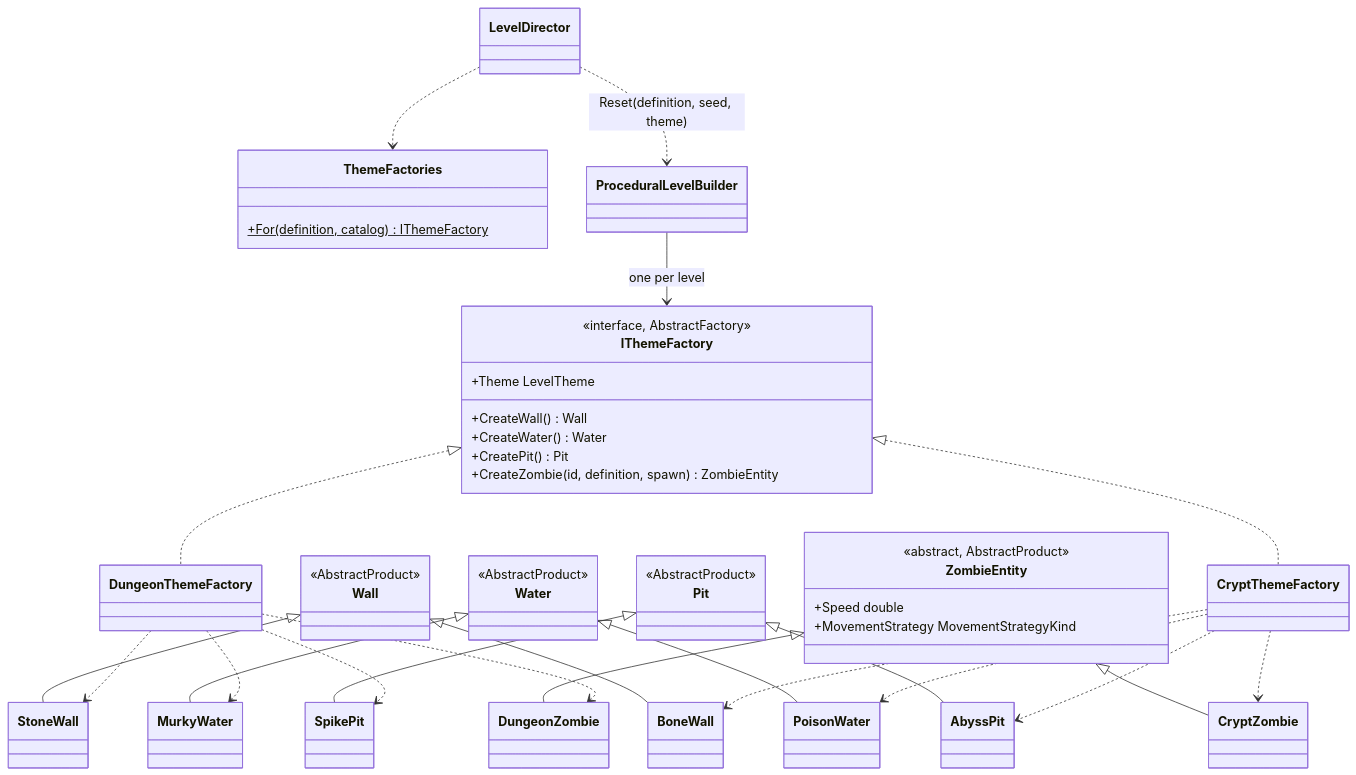
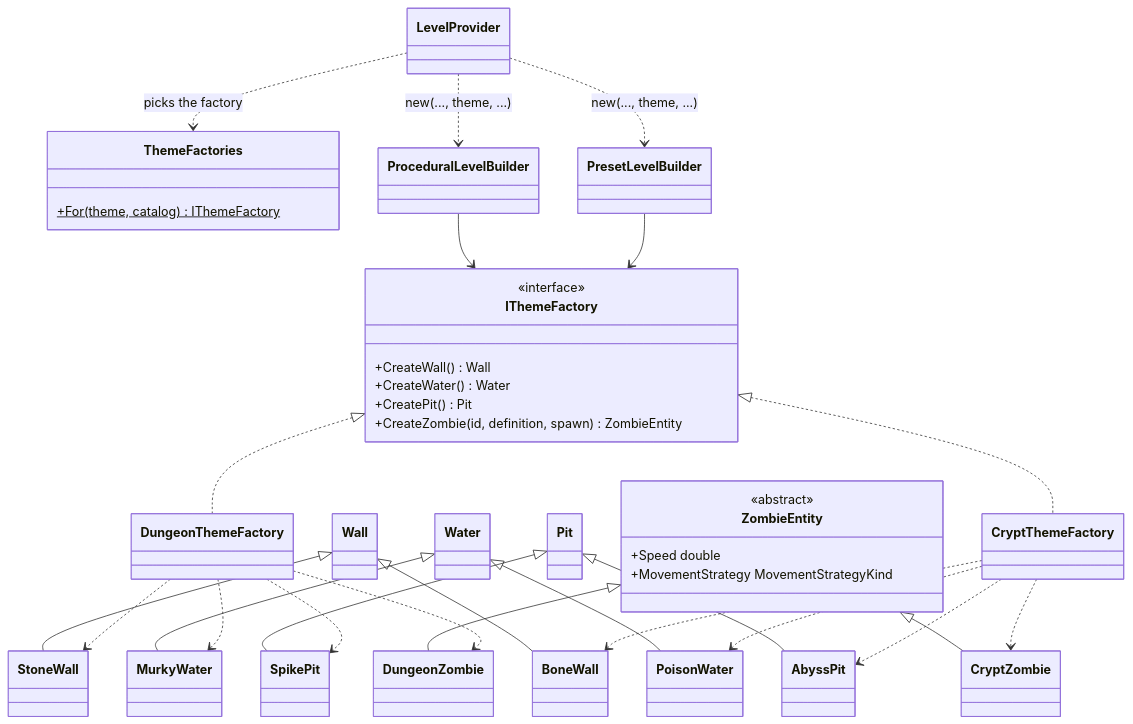
The second of 2 diagrams in docs/patterns/AbstractFactory.md (YoBoyJonas/OPP), drawn with Mermaid before and after one commit. The commit also changed other lines of this file and 32 other files, not shown here.

First line of the commit message:
refactor(generation): simplify Builder and Abstract Factory level generation

````diff
--- a/docs/patterns/AbstractFactory.md
+++ b/docs/patterns/AbstractFactory.md
@@ -71,50 +73,52 @@
 ```mermaid
 classDiagram
     class IThemeFactory {
-        <<interface, AbstractFactory>>
-        +Theme LevelTheme
+        <<interface>>
         +CreateWall() Wall
         +CreateWater() Water
         +CreatePit() Pit
         +CreateZombie(id, definition, spawn) ZombieEntity
     }
     class DungeonThemeFactory
     class CryptThemeFactory
     IThemeFactory <|.. DungeonThemeFactory
     IThemeFactory <|.. CryptThemeFactory
 
-    class Wall { <<AbstractProduct>> }
-    class Water { <<AbstractProduct>> }
-    class Pit { <<AbstractProduct>> }
+    class Wall
+    class Water
+    class Pit
     class ZombieEntity {
-        <<abstract, AbstractProduct>>
+        <<abstract>>
         +Speed double
         +MovementStrategy MovementStrategyKind
     }
     Wall <|-- StoneWall
     Wall <|-- BoneWall
     Water <|-- MurkyWater
     Water <|-- PoisonWater
     Pit <|-- SpikePit
     Pit <|-- AbyssPit
     ZombieEntity <|-- DungeonZombie
     ZombieEntity <|-- CryptZombie
 
     DungeonThemeFactory ..> StoneWall
     DungeonThemeFactory ..> MurkyWater
     DungeonThemeFactory ..> SpikePit
     DungeonThemeFactory ..> DungeonZombie
     CryptThemeFactory ..> BoneWall
     CryptThemeFactory ..> PoisonWater
     CryptThemeFactory ..> AbyssPit
     CryptThemeFactory ..> CryptZombie
 
     class ThemeFactories {
-        +For(definition, catalog) IThemeFactory$
+        +For(theme, catalog) IThemeFactory$
     }
-    class LevelDirector
+    class LevelProvider
     class ProceduralLevelBuilder
-    LevelDirector ..> ThemeFactories
-    LevelDirector ..> ProceduralLevelBuilder : Reset(definition, seed, theme)
-    ProceduralLevelBuilder --> IThemeFactory : one per level
+    class PresetLevelBuilder
+    LevelProvider ..> ThemeFactories : picks the factory
+    LevelProvider ..> ProceduralLevelBuilder : new(..., theme, ...)
+    LevelProvider ..> PresetLevelBuilder : new(..., theme, ...)
+    ProceduralLevelBuilder --> IThemeFactory
+    PresetLevelBuilder --> IThemeFactory
 ```
````
